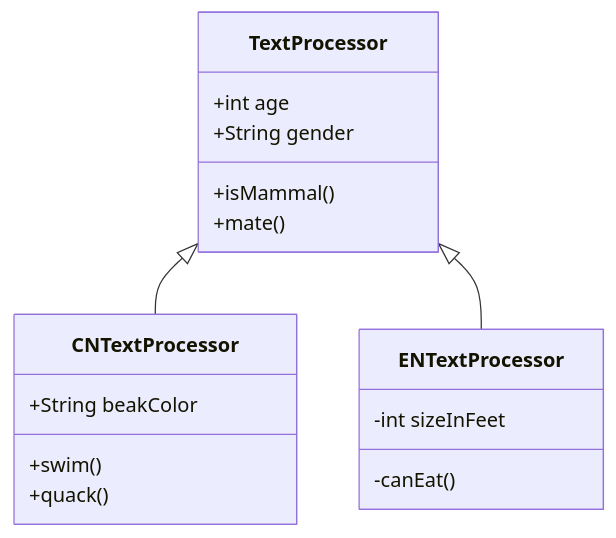
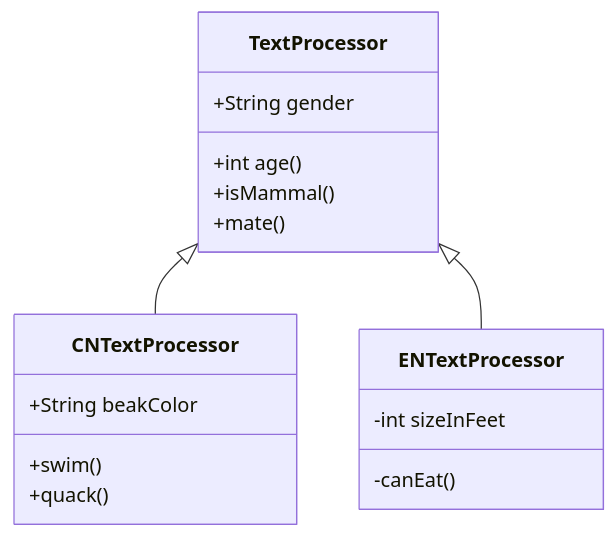
One commit to Jason-DancingBoy/iodraw-files changed the diagram in all/未命名.md. Above: the diagram before and after it, drawn with Mermaid.

Commit message:
2026-01-02 20:31:59 update

````diff
--- a/all/未命名.md
+++ b/all/未命名.md
@@ -1,19 +1,19 @@
 ```mermaid
 classDiagram
     TextProcessor <|-- CNTextProcessor
     TextProcessor <|-- ENTextProcessor
-    TextProcessor : +int age
+    TextProcessor : +int age()
     TextProcessor : +String gender
     TextProcessor: +isMammal()
     TextProcessor: +mate()
     class CNTextProcessor{
       +String beakColor
       +swim()
       +quack()
     }
     class ENTextProcessor{
       -int sizeInFeet
       -canEat()
     }
             
 ```
````
